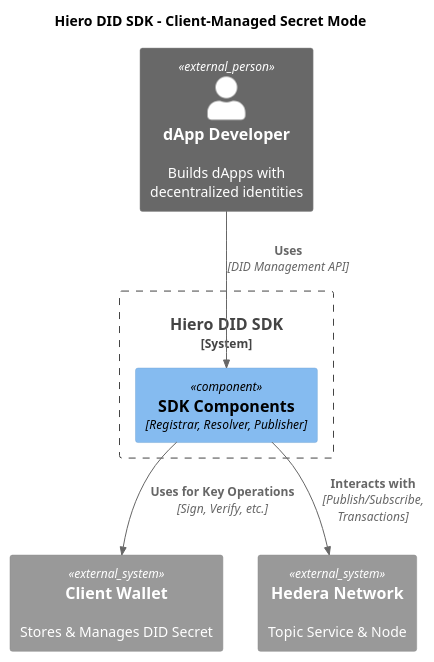
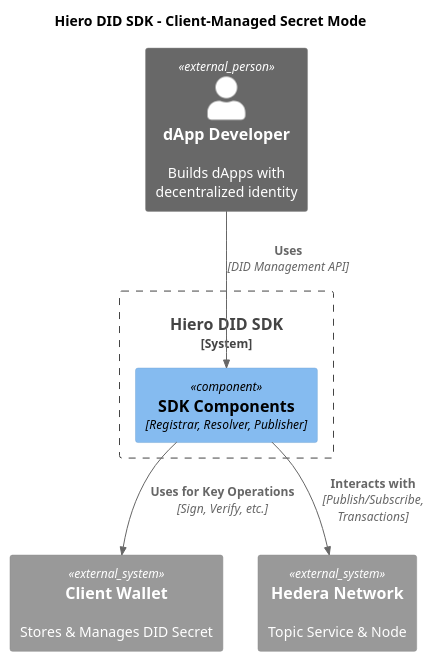
The diagram in docs/modules/ROOT/pages/02-design/diagrams/client-managed-secret-mode-diagram.puml (hiero-ledger/hiero-did-sdk-js), drawn with PlantUML before and after one commit. The commit also changed 115 other files, not shown here.

```diff
--- a/docs/modules/ROOT/pages/02-design/diagrams/client-managed-secret-mode-diagram.puml
+++ b/docs/modules/ROOT/pages/02-design/diagrams/client-managed-secret-mode-diagram.puml
@@ -1,19 +1,19 @@
 @startuml
 !include https://raw.githubusercontent.com/plantuml-stdlib/C4-PlantUML/master/C4_Component.puml
 
 title Hiero DID SDK - Client-Managed Secret Mode
 
-Person_Ext(developer, "dApp Developer", "Builds dApps with decentralized identities")
+Person_Ext(developer, "dApp Developer", "Builds dApps with decentralized identity")
 
 System_Boundary(c1, "Hiero DID SDK") {
-  Component(sdk, "SDK Components", "Registrar, Resolver, Publisher") 
+  Component(sdk, "SDK Components", "Registrar, Resolver, Publisher")
 }
 
 System_Ext(wallet, "Client Wallet", "Stores & Manages DID Secret")
 System_Ext(hedera, "Hedera Network", "Topic Service & Node")
 
 Rel(developer, sdk, "Uses", "DID Management API")
 Rel(sdk, wallet, "Uses for Key Operations", "Sign, Verify, etc.")
 Rel(sdk, hedera, "Interacts with", "Publish/Subscribe, Transactions")
 
 @enduml
```
